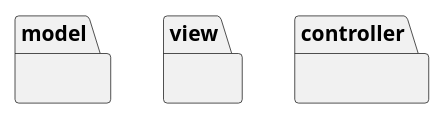
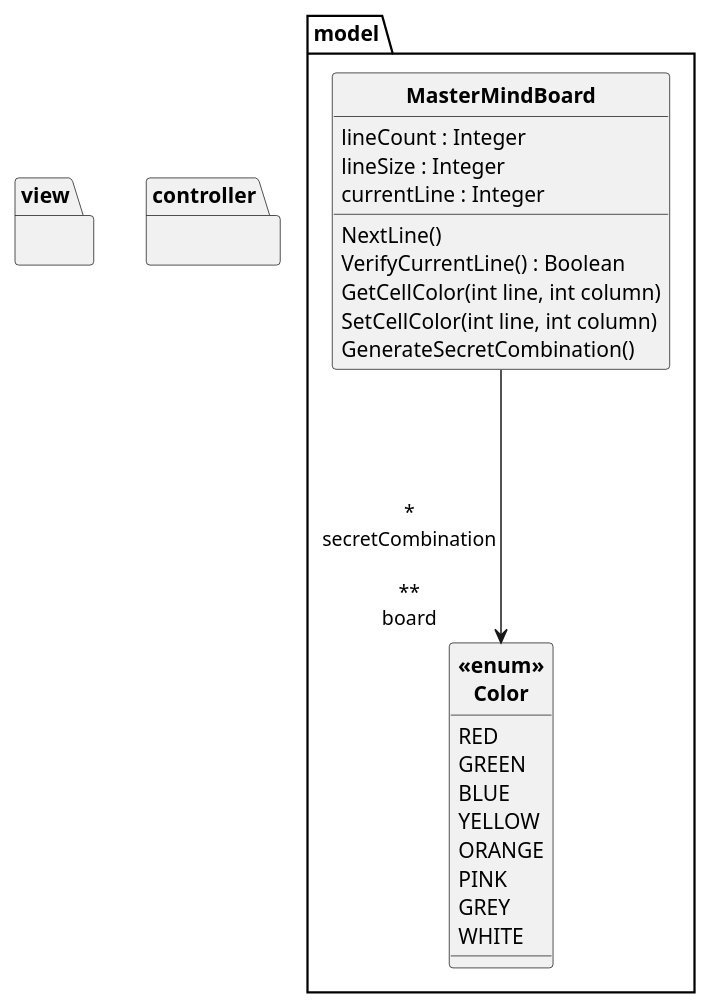
One commit to matteorenaud/mastermind changed the diagram in ProjetA31-A32/UML/MVC2.puml. Above: the diagram before and after it, drawn with PlantUML. The commit also changed 1 other file, not shown here.

```diff
--- a/ProjetA31-A32/UML/MVC2.puml
+++ b/ProjetA31-A32/UML/MVC2.puml
@@ -1,17 +1,41 @@
 @startuml
 skinparam style strictuml
 skinparam classAttributeIconSize 0
 skinparam classFontStyle Bold
 
 package model
 {
+    class MasterMindBoard
+    {
+        lineCount : Integer
+        lineSize : Integer
+        currentLine : Integer
+        NextLine()
+        VerifyCurrentLine() : Boolean
+        GetCellColor(int line, int column)
+        SetCellColor(int line, int column)
+        GenerateSecretCombination()
+    }
+    enum "<<enum>>\nColor" as Color
+    {
+        RED
+        GREEN
+        BLUE
+        YELLOW
+        ORANGE
+        PINK
+        GREY
+        WHITE
+    }
+
+    MasterMindBoard ----> "*\nsecretCombination\n\n**\nboard" Color
 }
 
 package view
 {
 }
 
 package controller
 {
 }
 @enduml
```
